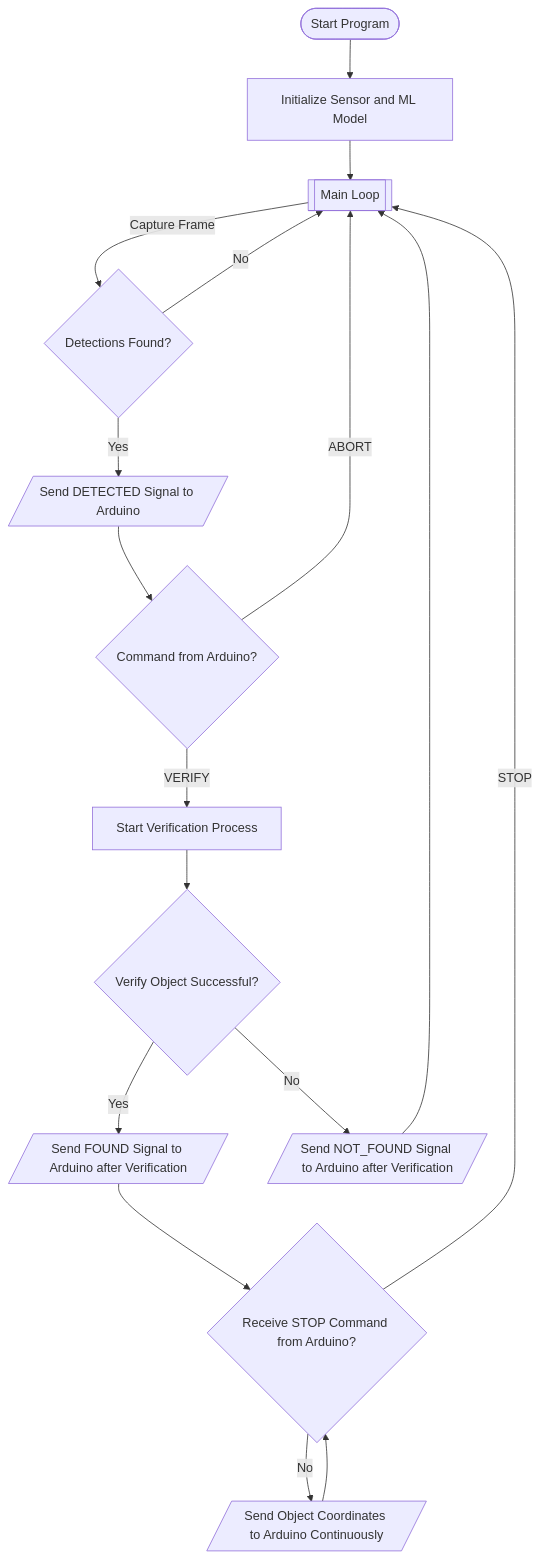
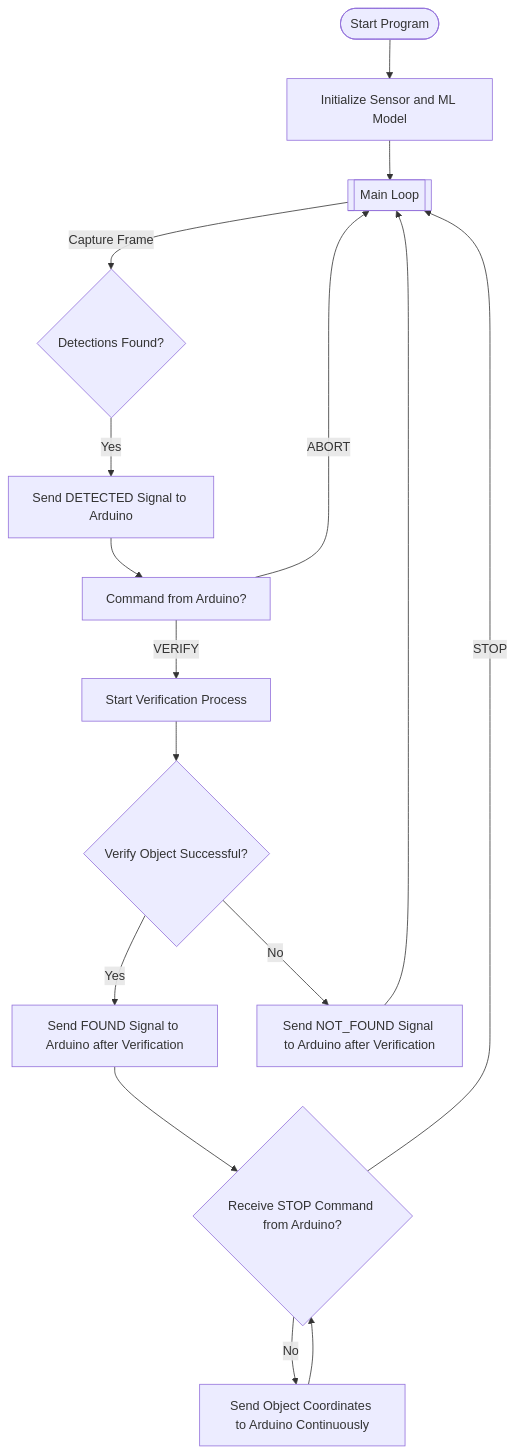
The diagram in openmv-rt1062/camera.md (moritzheinzle/B.Robots-Juniors), drawn with Mermaid before and after one commit. The commit also changed other lines of this file, not shown here.

Commit message:
GITBOOK-3: No subject

````diff
--- a/openmv-rt1062/camera.md
+++ b/openmv-rt1062/camera.md
@@ -22,20 +22,17 @@
 ```mermaid
-flowchart TD
-    A([Start Program]) --> B[Initialize Sensor and ML Model]
-    B --> C[[Main Loop]]
-    
-    C -->|Capture Frame| D{Detections Found?}
-    D -->|Yes| E@{shape: lean-r, label: "Send DETECTED Signal to Arduino"} --> F{Command from Arduino?}
-    D -->|No| C
-    
-    F -->|VERIFY| G[Start Verification Process]
-    F -->|ABORT| C
+graph TD;
+A([Start Program]) --> B[Initialize Sensor and ML Model]
+B --> C[[Main Loop]]
+C -->|Capture Frame| D{Detections Found?}
+D -->|Yes| E[Send DETECTED Signal to Arduino]--> F[Command from Arduino?]
 
-    G --> H{Verify Object Successful?}
-    H -->|Yes| I@{shape: lean-r, label: "Send FOUND Signal to Arduino after Verification"} --> K{Receive STOP Command from Arduino?}
-    H -->|No| J@{shape: lean-r, label: "Send NOT_FOUND Signal to Arduino after Verification"} --> C
-    
-    K -->|STOP| C
-    K -->|No| L@{shape: lean-r, label: "Send Object Coordinates to Arduino Continuously"} --> K
+F -->|VERIFY| G[Start Verification Process]
+F -->|ABORT| C
 
+G --> H{Verify Object Successful?}
+H -->|Yes| I[Send FOUND Signal to Arduino after Verification] --> K{Receive STOP Command from Arduino?}
+H -->|No| J[Send NOT_FOUND Signal to Arduino after Verification] --> C
+
+K -->|STOP| C
+K -->|No| L[Send Object Coordinates to Arduino Continuously] --> K
 ```
````
